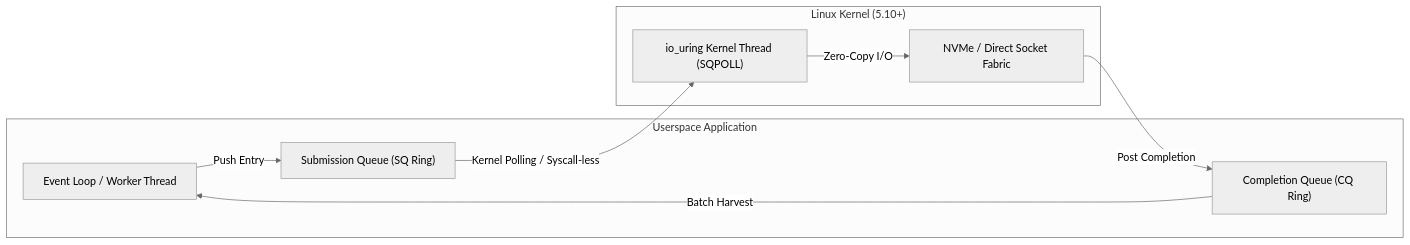
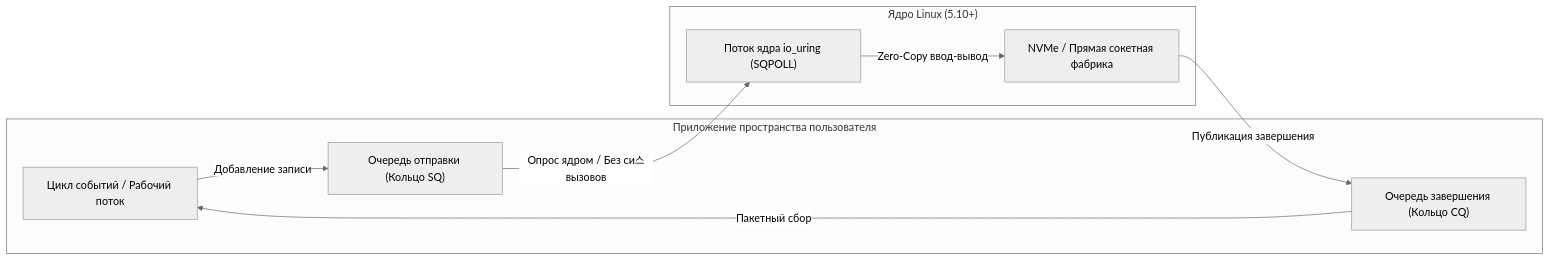
One commit to maya-thorne/ring-io changed the diagram in docs/locales/ru.md. Above: the diagram before and after it, drawn with Mermaid (neutral theme). The commit also changed 8 other files, not shown here.

Commit message:
docs: localize architecture mermaid diagrams for all languages

````diff
--- a/docs/locales/ru.md
+++ b/docs/locales/ru.md
@@ -31,19 +31,19 @@
 ```mermaid
 flowchart LR
-    subgraph Userspace ["Userspace Application"]
-        App["Event Loop / Worker Thread"]
-        SQ["Submission Queue (SQ Ring)"]
-        CQ["Completion Queue (CQ Ring)"]
+    subgraph Userspace ["Приложение пространства пользователя"]
+        App["Цикл событий / Рабочий поток"]
+        SQ["Очередь отправки (Кольцо SQ)"]
+        CQ["Очередь завершения (Кольцо CQ)"]
     end
 
-    subgraph Kernel ["Linux Kernel (5.10+)"]
-        KernelThread["io_uring Kernel Thread (SQPOLL)"]
-        Storage["NVMe / Direct Socket Fabric"]
+    subgraph Kernel ["Ядро Linux (5.10+)"]
+        KernelThread["Поток ядра io_uring (SQPOLL)"]
+        Storage["NVMe / Прямая сокетная фабрика"]
     end
 
-    App -->|Push Entry| SQ
-    SQ -->|Kernel Polling / Syscall-less| KernelThread
-    KernelThread -->|Zero-Copy I/O| Storage
-    Storage -->|Post Completion| CQ
-    CQ -->|Batch Harvest| App
+    App -->|Добавление записи| SQ
+    SQ -->|Опрос ядром / Без си스вызовов| KernelThread
+    KernelThread -->|Zero-Copy ввод-вывод| Storage
+    Storage -->|Публикация завершения| CQ
+    CQ -->|Пакетный сбор| App
 ```
````
